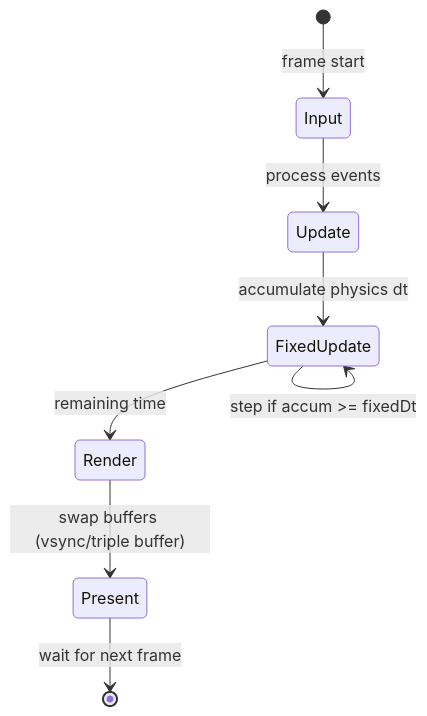
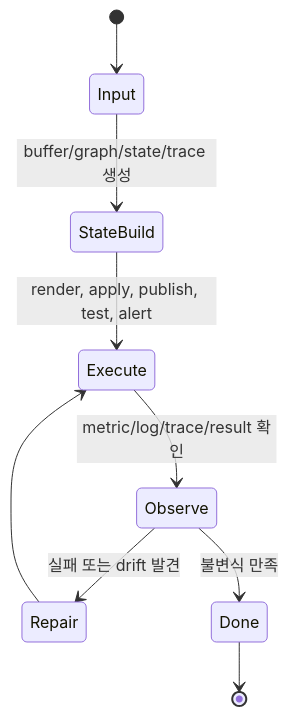
The second of 3 diagrams in content/docs/books/cs-reference/ko/miscellaneous-cs.md (choisimo/document), drawn with Mermaid before and after one commit. The commit also changed other lines of this file and 432 other files, not shown here.

````diff
--- a/content/docs/books/cs-reference/ko/miscellaneous-cs.md
+++ b/content/docs/books/cs-reference/ko/miscellaneous-cs.md
@@ -115,10 +62,11 @@
 ```mermaid
 stateDiagram-v2
-    [*] --> Input: frame start
-    Input --> Update: process events
-    Update --> FixedUpdate: accumulate physics dt
-    FixedUpdate --> FixedUpdate: step if accum >= fixedDt
-    FixedUpdate --> Render: remaining time
-    Render --> Present: swap buffers (vsync/triple buffer)
-    Present --> [*]: wait for next frame
+    [*] --> Input
+    Input --> StateBuild: buffer/graph/state/trace 생성
+    StateBuild --> Execute: render, apply, publish, test, alert
+    Execute --> Observe: metric/log/trace/result 확인
+    Observe --> Repair: 실패 또는 drift 발견
+    Repair --> Execute
+    Observe --> Done: 불변식 만족
+    Done --> [*]
 ```
````
